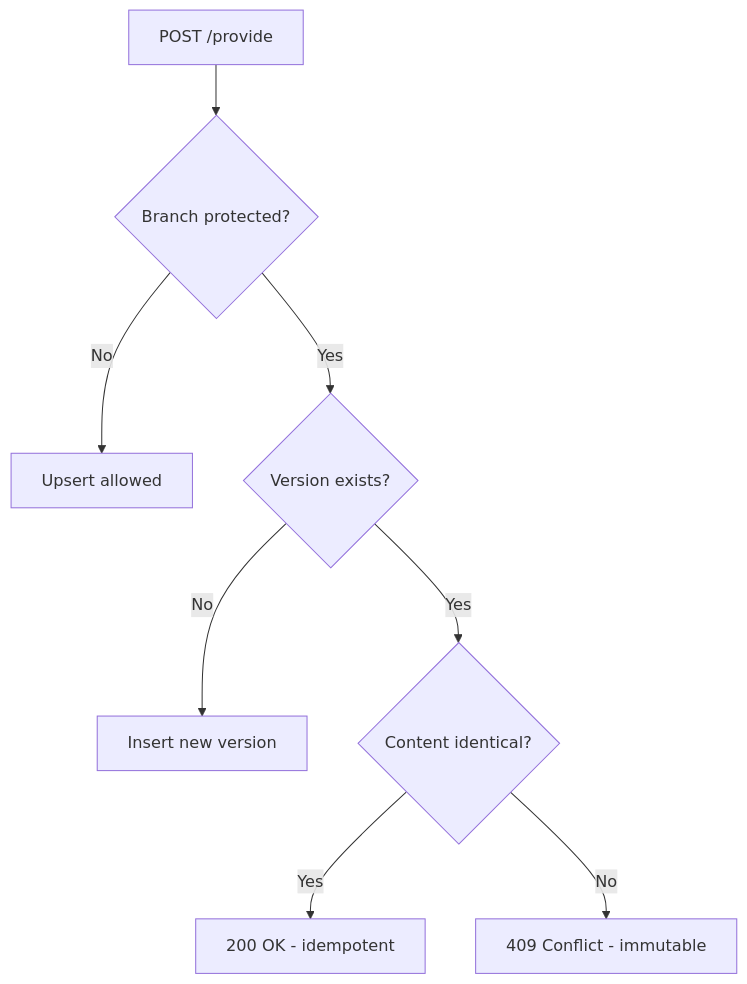
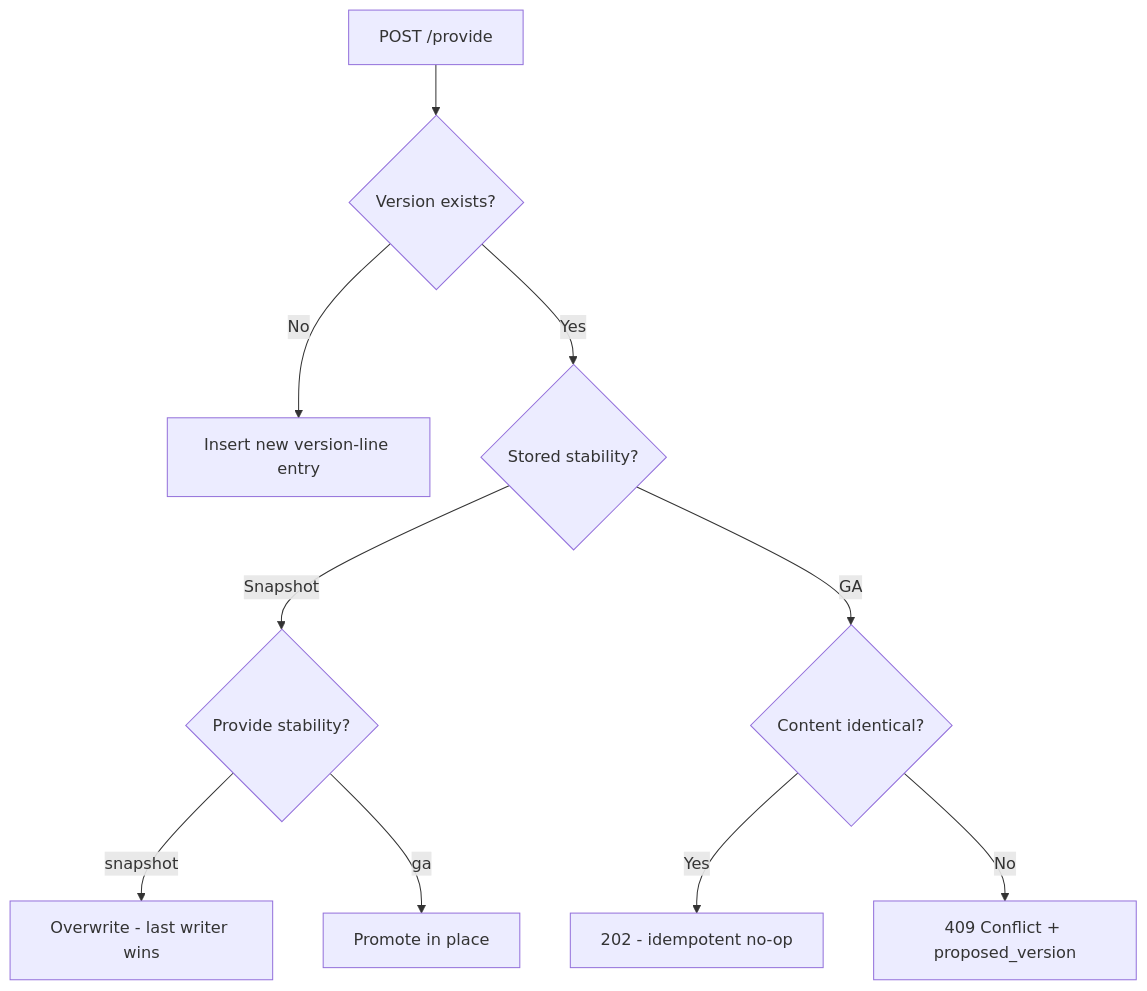
Before and after one commit to paxel/sanshain-service: the seventh of 7 diagrams in docs/developer-guide.md, drawn with Mermaid. The commit also changed other lines of this file and 94 other files, not shown here.

````diff
--- a/docs/developer-guide.md
+++ b/docs/developer-guide.md
@@ -317,10 +310,12 @@
 ```mermaid
 flowchart TD
-    A[POST /provide] --> B{Branch protected?}
-    B -->|No| C[Upsert allowed]
-    B -->|Yes| D{Version exists?}
-    D -->|No| E[Insert new version]
-    D -->|Yes| F{Content identical?}
-    F -->|Yes| G[200 OK - idempotent]
-    F -->|No| H[409 Conflict - immutable]
+    A[POST /provide] --> B{Version exists?}
+    B -->|No| C[Insert new version-line entry]
+    B -->|Yes| D{Stored stability?}
+    D -->|Snapshot| E{Provide stability?}
+    E -->|snapshot| F[Overwrite - last writer wins]
+    E -->|ga| G[Promote in place]
+    D -->|GA| H{Content identical?}
+    H -->|Yes| I[202 - idempotent no-op]
+    H -->|No| J[409 Conflict + proposed_version]
 ```
````
